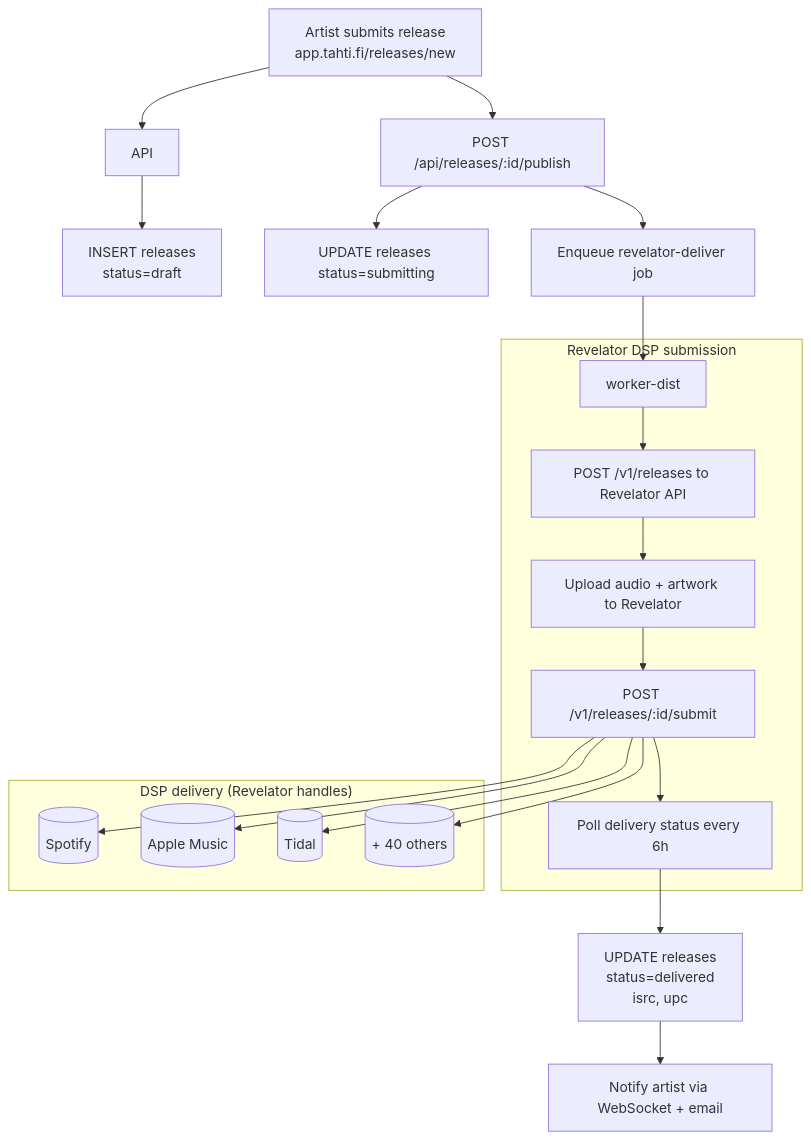
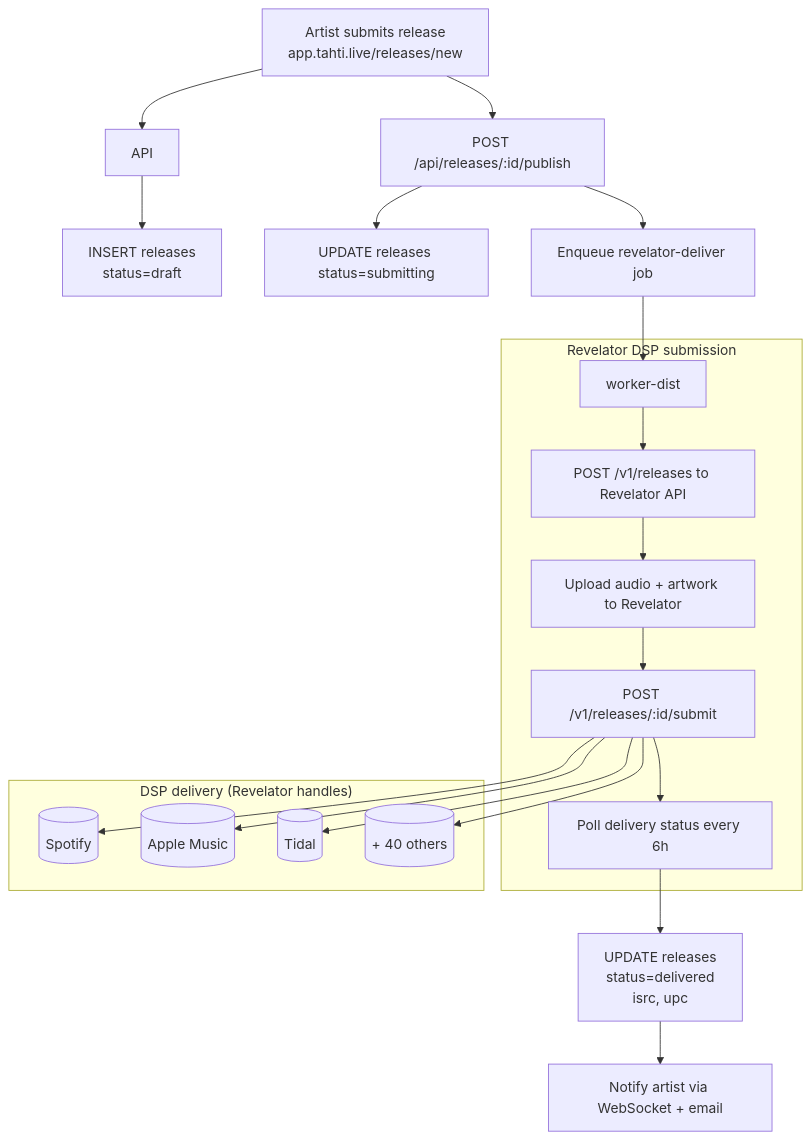
Before and after one commit to janiluuk/tahti-org: the first of 5 diagrams in docs/technical/phase-6.md, drawn with Mermaid. The commit also changed other lines of this file and 148 other files, not shown here.

First line of the commit message:
feat(m10): member governance, chat polish, domain rename to tahti.live

````diff
--- a/docs/technical/phase-6.md
+++ b/docs/technical/phase-6.md
@@ -13,30 +13,30 @@
 ```mermaid
 flowchart TD
-    A[Artist submits release\napp.tahti.fi/releases/new] --> API
+    A[Artist submits release\napp.tahti.live/releases/new] --> API
 
     API --> PG1[INSERT releases\nstatus=draft]
 
     A --> API2[POST /api/releases/:id/publish]
     API2 --> PG2[UPDATE releases status=submitting]
     API2 --> RD[Enqueue revelator-deliver job]
 
     RD --> WD[worker-dist]
 
     subgraph "Revelator DSP submission"
         WD --> REV_CREATE[POST /v1/releases to Revelator API]
         REV_CREATE --> REV_ASSETS[Upload audio + artwork to Revelator]
         REV_ASSETS --> REV_SUBMIT[POST /v1/releases/:id/submit]
         REV_SUBMIT --> REV_POLL[Poll delivery status every 6h]
     end
 
     REV_POLL --> PG3[UPDATE releases\nstatus=delivered\nisrc, upc]
 
     subgraph "DSP delivery (Revelator handles)"
         REV_SUBMIT --> Spotify[(Spotify)]
         REV_SUBMIT --> Apple[(Apple Music)]
         REV_SUBMIT --> Tidal[(Tidal)]
         REV_SUBMIT --> Other[(+ 40 others)]
     end
 
     PG3 --> API3[Notify artist via WebSocket + email]
 ```
````
